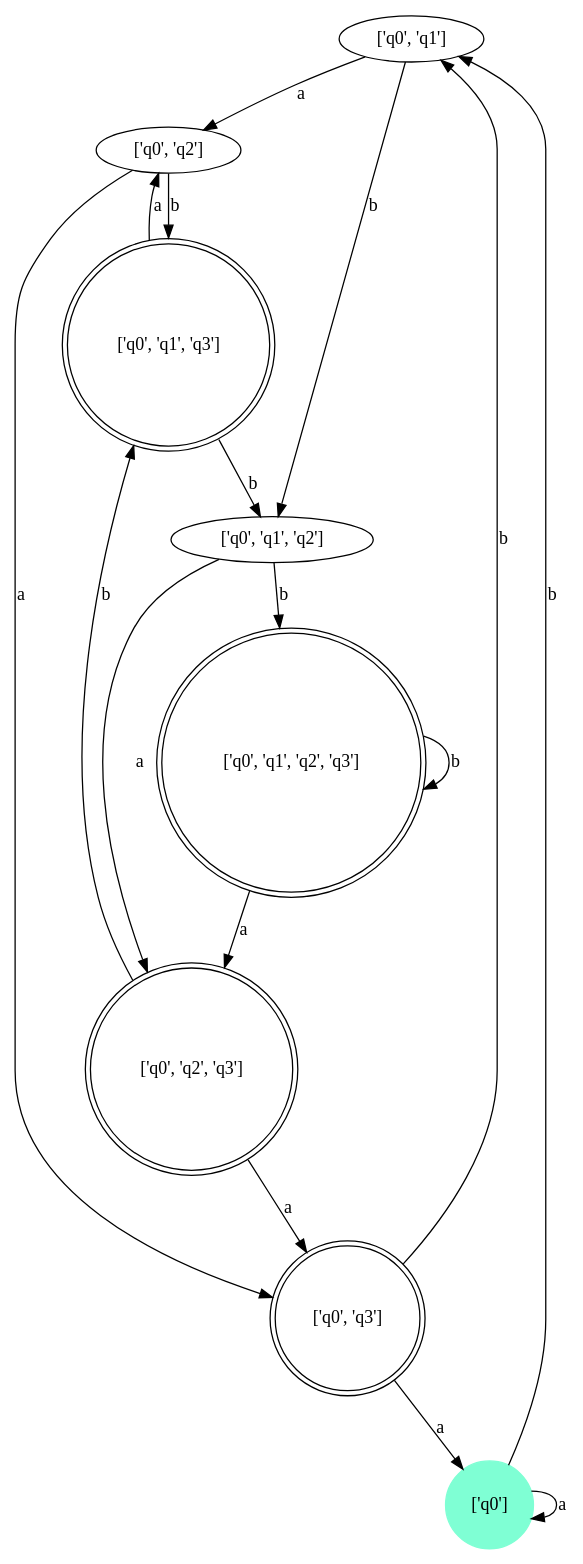
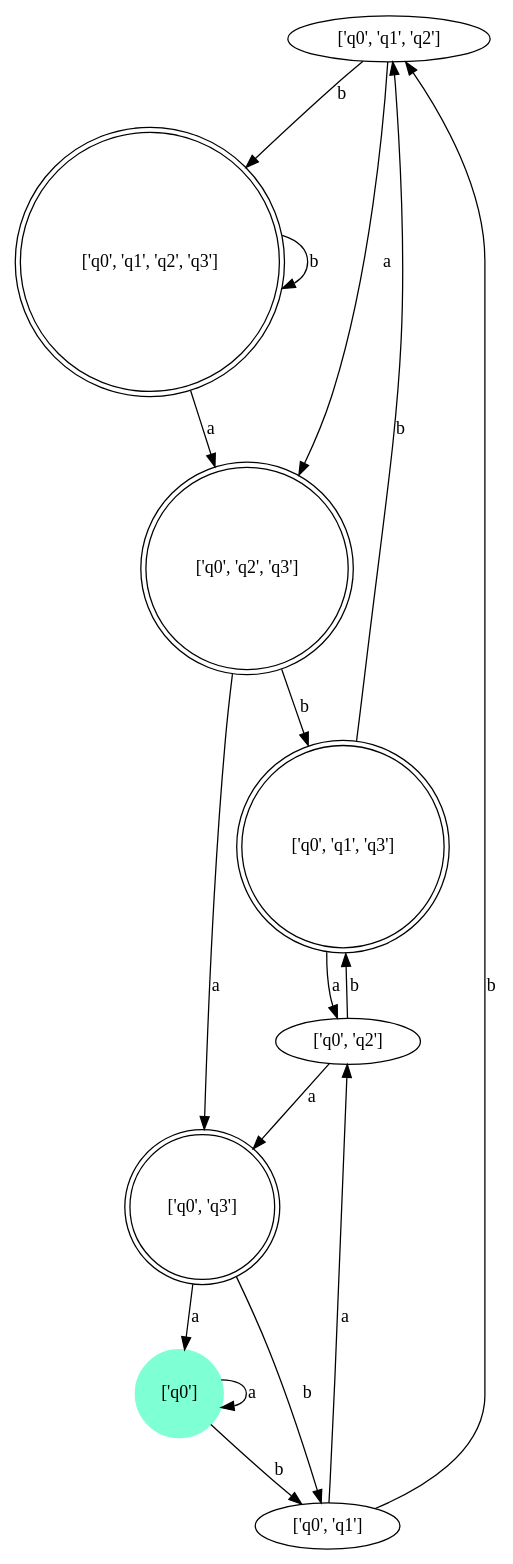
Before and after one commit to nascarsayan/nfa2dfa: the diagram in input/29/dfa_minimized.gv, drawn with Graphviz. The commit also changed other lines of this file and 27 other files, not shown here.

```diff
--- a/input/29/dfa_minimized.gv
+++ b/input/29/dfa_minimized.gv
@@ -1,30 +1,30 @@
 // FSM
 digraph {
+	"['q0', 'q1', 'q2']"
 	"['q0', 'q1']"
 	"['q0', 'q2']"
-	"['q0', 'q1', 'q2']"
 	node [shape=doublecircle]
+	"['q0', 'q1', 'q3']"
+	"['q0', 'q3']"
 	"['q0', 'q1', 'q2', 'q3']"
 	"['q0', 'q2', 'q3']"
-	"['q0', 'q1', 'q3']"
-	"['q0', 'q3']"
 	node [color=aquamarine shape=circle style=filled]
 	"['q0']"
 	node [shape=circle]
 	"['q0']" -> "['q0']" [label=a]
 	"['q0']" -> "['q0', 'q1']" [label=b]
 	"['q0', 'q1']" -> "['q0', 'q2']" [label=a]
 	"['q0', 'q1']" -> "['q0', 'q1', 'q2']" [label=b]
 	"['q0', 'q2']" -> "['q0', 'q3']" [label=a]
 	"['q0', 'q2']" -> "['q0', 'q1', 'q3']" [label=b]
 	"['q0', 'q1', 'q2']" -> "['q0', 'q2', 'q3']" [label=a]
 	"['q0', 'q1', 'q2']" -> "['q0', 'q1', 'q2', 'q3']" [label=b]
 	"['q0', 'q3']" -> "['q0']" [label=a]
 	"['q0', 'q3']" -> "['q0', 'q1']" [label=b]
 	"['q0', 'q1', 'q3']" -> "['q0', 'q2']" [label=a]
 	"['q0', 'q1', 'q3']" -> "['q0', 'q1', 'q2']" [label=b]
 	"['q0', 'q2', 'q3']" -> "['q0', 'q3']" [label=a]
 	"['q0', 'q2', 'q3']" -> "['q0', 'q1', 'q3']" [label=b]
 	"['q0', 'q1', 'q2', 'q3']" -> "['q0', 'q2', 'q3']" [label=a]
 	"['q0', 'q1', 'q2', 'q3']" -> "['q0', 'q1', 'q2', 'q3']" [label=b]
 }
```
